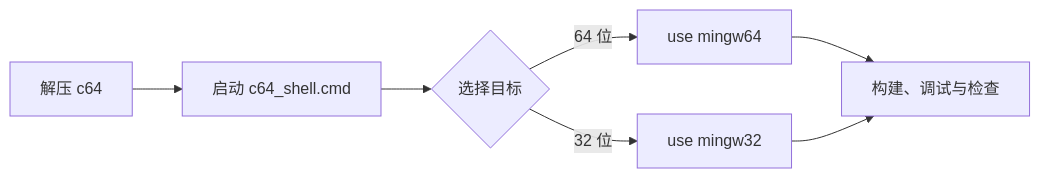
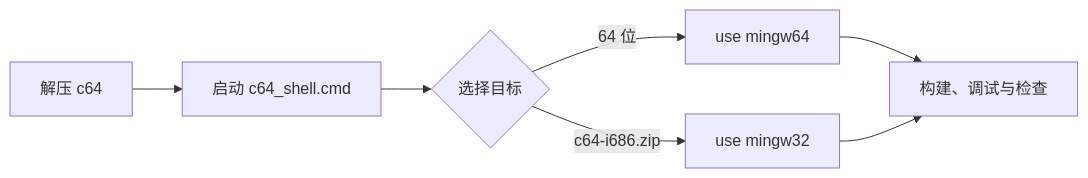
Before and after one commit to jakitliang/c64: the diagram in README_zh.md, drawn with Mermaid. The commit also changed other lines of this file and 12 other files, not shown here.

````diff
--- a/README_zh.md
+++ b/README_zh.md
@@ -44,9 +49,9 @@
 ```mermaid
 flowchart LR
     A[解压 c64] --> B[启动 c64_shell.cmd]
     B --> C{选择目标}
     C -->|64 位| D[use mingw64]
-    C -->|32 位| E[use mingw32]
+    C -->|c64-i686.zip| E[use mingw32]
     D --> F[构建、调试与检查]
     E --> F
 ```
````
